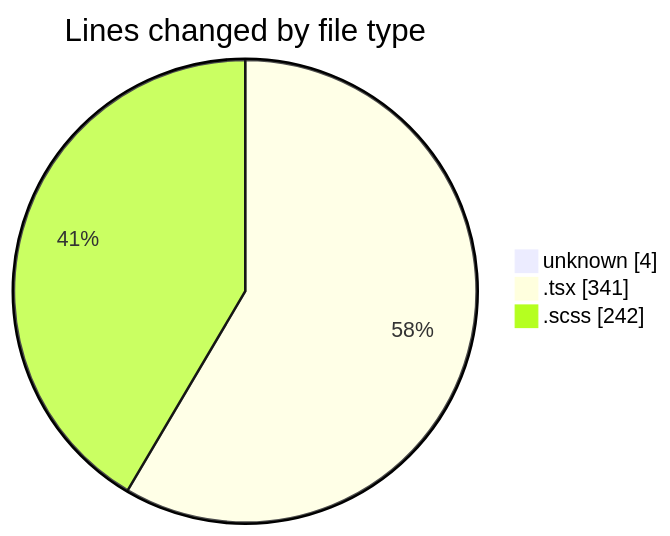
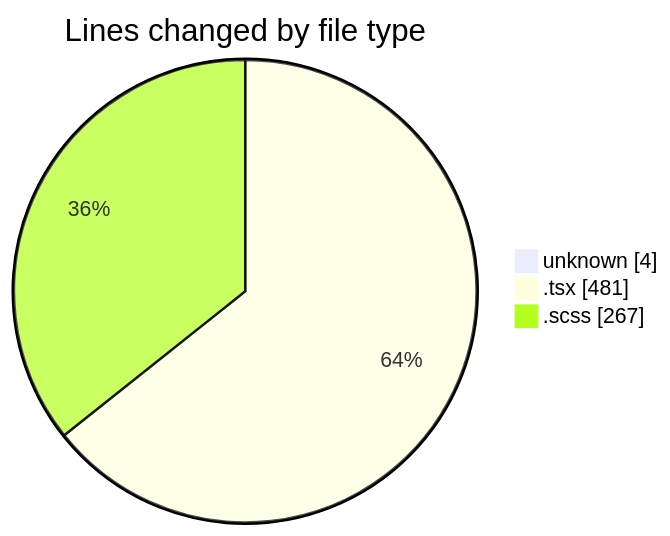
One commit to momahboobian/code-tracking changed the first of 2 diagrams in 2025-02-14/cda/README.md. Above: the diagram before and after it, drawn with Mermaid. The commit also changed other lines of this file and 1 other file, not shown here.

````diff
--- a/2025-02-14/cda/README.md
+++ b/2025-02-14/cda/README.md
@@ -22,7 +23,7 @@
 ```mermaid
 pie showData
 title Lines changed by file type
 "unknown" : 4
-".tsx" : 341
-".scss" : 242
+".tsx" : 481
+".scss" : 267
 ```
````
